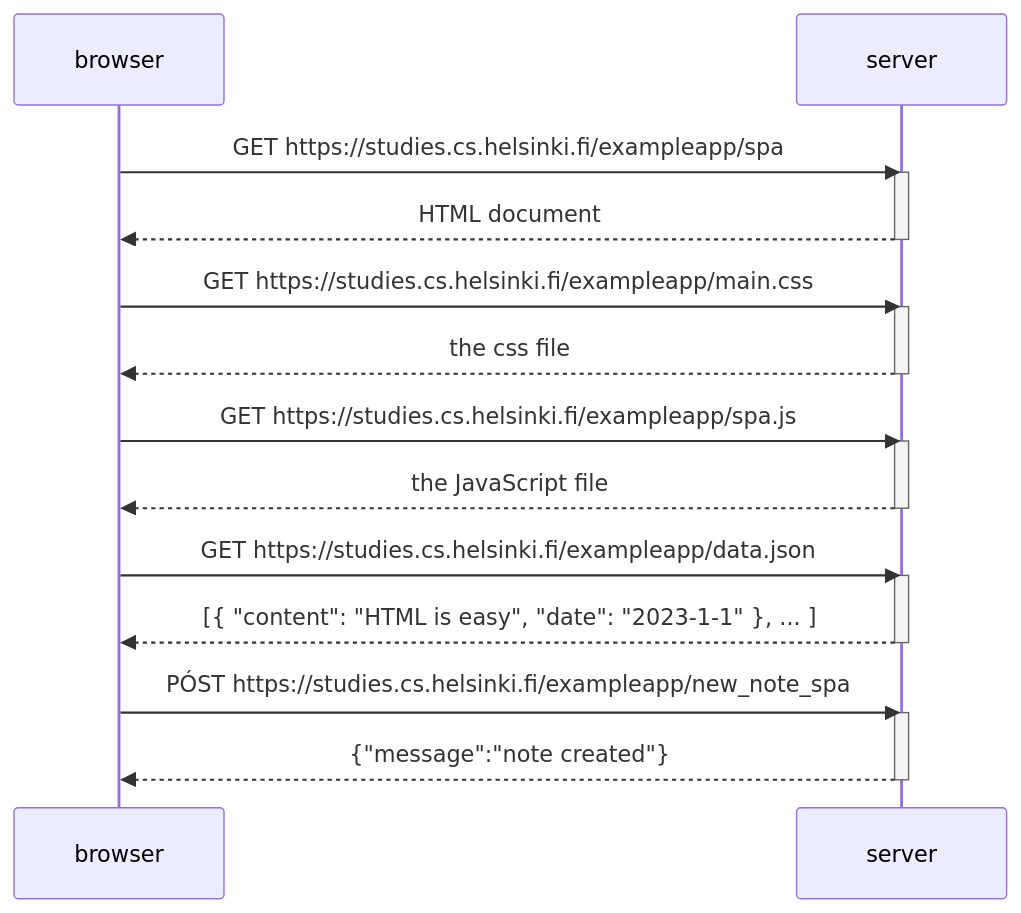
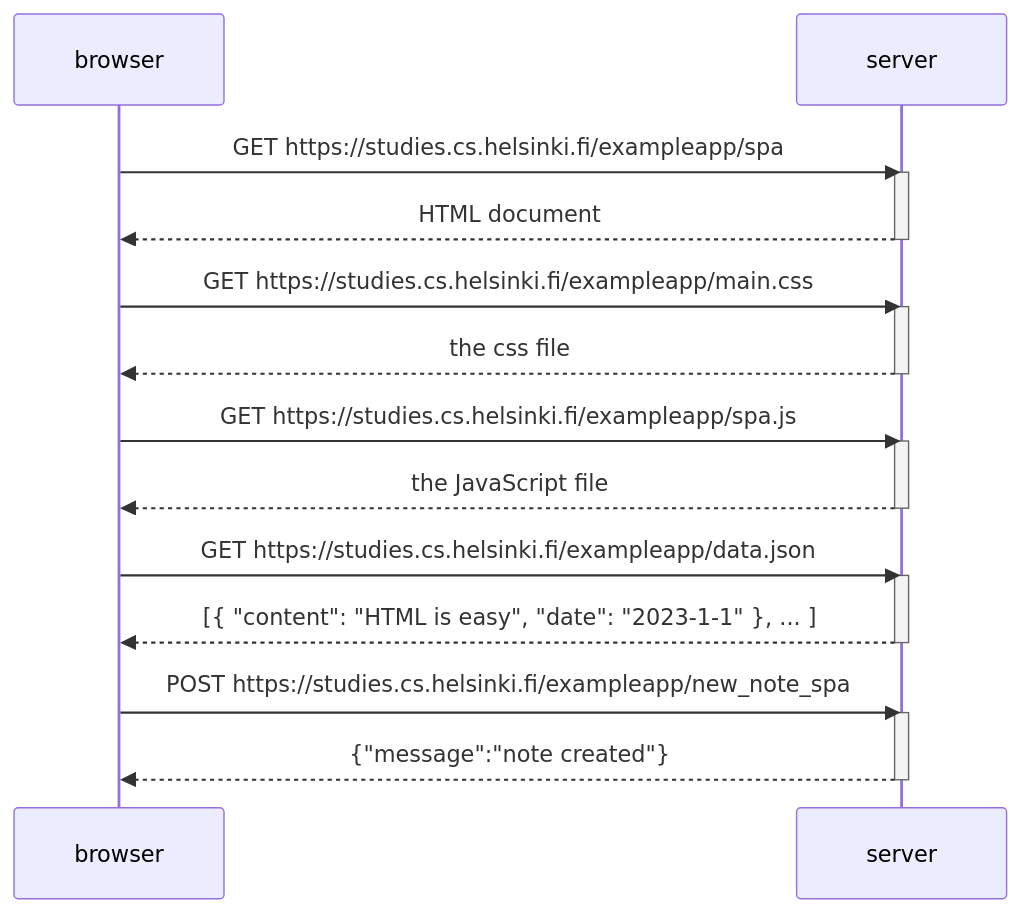
The diagram in part0/exercise06.md (3dnan97/full_stack_open), drawn with Mermaid before and after one commit.

````diff
--- a/part0/exercise06.md
+++ b/part0/exercise06.md
@@ -1,30 +1,30 @@
 ```mermaid
 sequenceDiagram
     participant browser
     participant server
 
     browser->>server: GET https://studies.cs.helsinki.fi/exampleapp/spa
     activate server
     server-->>browser: HTML document
     deactivate server
 
     browser->>server: GET https://studies.cs.helsinki.fi/exampleapp/main.css
     activate server
     server-->>browser: the css file
     deactivate server
 
     browser->>server: GET https://studies.cs.helsinki.fi/exampleapp/spa.js
     activate server
     server-->>browser: the JavaScript file
     deactivate server
 
     browser->>server: GET https://studies.cs.helsinki.fi/exampleapp/data.json
     activate server
     server-->>browser: [{ "content": "HTML is easy", "date": "2023-1-1" }, ... ]
     deactivate server
 
-    browser->>server: PÓST https://studies.cs.helsinki.fi/exampleapp/new_note_spa
+    browser->>server: POST https://studies.cs.helsinki.fi/exampleapp/new_note_spa
     activate server
     server-->>browser: {"message":"note created"}
     deactivate server
 ```
````
